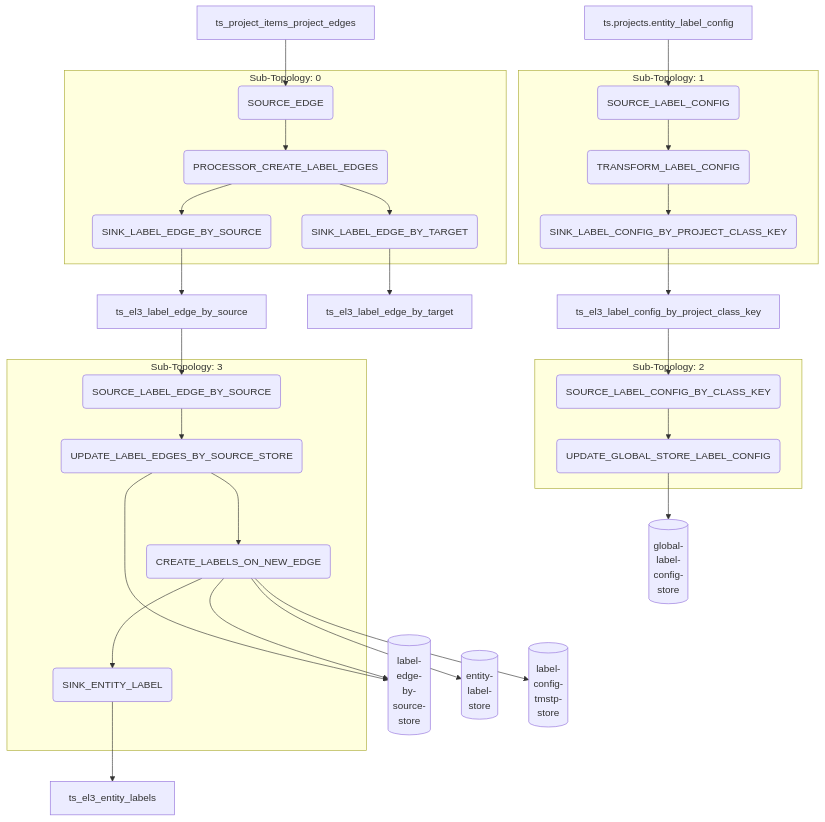
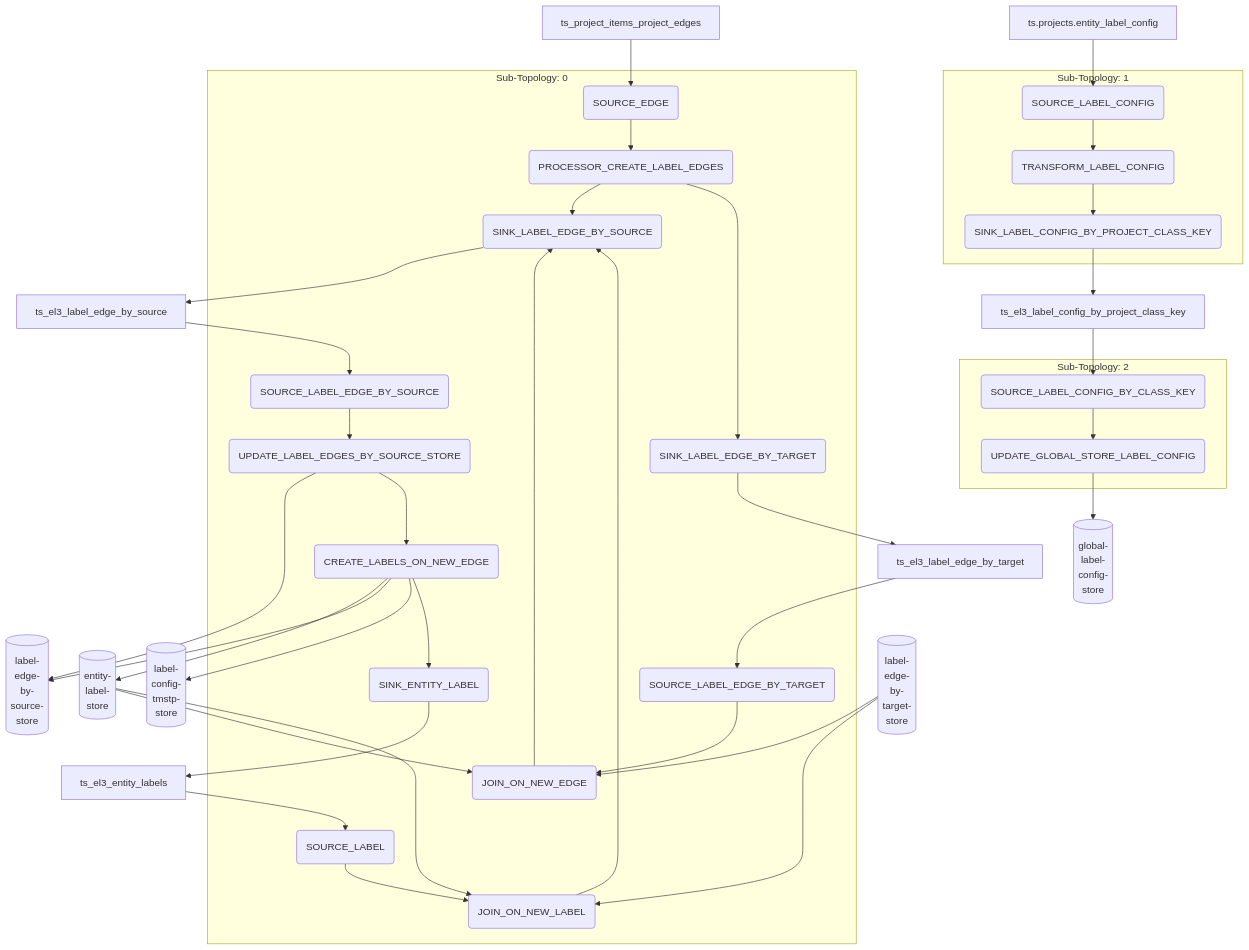
Before and after one commit to geovistory/toolbox-streams: the diagram in app-3-entity-label3/topology.md, drawn with Mermaid. The commit also changed 14 other files, not shown here.

````diff
--- a/app-3-entity-label3/topology.md
+++ b/app-3-entity-label3/topology.md
@@ -1,46 +1,60 @@
 ```mermaid
 graph TD
 ts_project_items_project_edges[ts_project_items_project_edges] --> SOURCE_EDGE(SOURCE_EDGE)
+ts_el3_label_edge_by_source[ts_el3_label_edge_by_source] --> SOURCE_LABEL_EDGE_BY_SOURCE(SOURCE_LABEL_EDGE_BY_SOURCE)
+ts_el3_entity_labels[ts_el3_entity_labels] --> SOURCE_LABEL(SOURCE_LABEL)
+ts_el3_label_edge_by_target[ts_el3_label_edge_by_target] --> SOURCE_LABEL_EDGE_BY_TARGET(SOURCE_LABEL_EDGE_BY_TARGET)
+UPDATE_LABEL_EDGES_BY_SOURCE_STORE(UPDATE_LABEL_EDGES_BY_SOURCE_STORE) --> label-edge-by-source-store[(label-<br>edge-<br>by-<br>source-<br>store)]
+CREATE_LABELS_ON_NEW_EDGE(CREATE_LABELS_ON_NEW_EDGE) --> entity-label-store[(entity-<br>label-<br>store)]
+CREATE_LABELS_ON_NEW_EDGE(CREATE_LABELS_ON_NEW_EDGE) --> label-edge-by-source-store[(label-<br>edge-<br>by-<br>source-<br>store)]
+CREATE_LABELS_ON_NEW_EDGE(CREATE_LABELS_ON_NEW_EDGE) --> label-config-tmstp-store[(label-<br>config-<br>tmstp-<br>store)]
+label-edge-by-target-store[(label-<br>edge-<br>by-<br>target-<br>store)] --> JOIN_ON_NEW_EDGE(JOIN_ON_NEW_EDGE)
+entity-label-store[(entity-<br>label-<br>store)] --> JOIN_ON_NEW_EDGE(JOIN_ON_NEW_EDGE)
+label-edge-by-target-store[(label-<br>edge-<br>by-<br>target-<br>store)] --> JOIN_ON_NEW_LABEL(JOIN_ON_NEW_LABEL)
+entity-label-store[(entity-<br>label-<br>store)] --> JOIN_ON_NEW_LABEL(JOIN_ON_NEW_LABEL)
+SINK_ENTITY_LABEL(SINK_ENTITY_LABEL) --> ts_el3_entity_labels[ts_el3_entity_labels]
 SINK_LABEL_EDGE_BY_SOURCE(SINK_LABEL_EDGE_BY_SOURCE) --> ts_el3_label_edge_by_source[ts_el3_label_edge_by_source]
 SINK_LABEL_EDGE_BY_TARGET(SINK_LABEL_EDGE_BY_TARGET) --> ts_el3_label_edge_by_target[ts_el3_label_edge_by_target]
 ts.projects.entity_label_config[ts.projects.entity_label_config] --> SOURCE_LABEL_CONFIG(SOURCE_LABEL_CONFIG)
 SINK_LABEL_CONFIG_BY_PROJECT_CLASS_KEY(SINK_LABEL_CONFIG_BY_PROJECT_CLASS_KEY) --> ts_el3_label_config_by_project_class_key[ts_el3_label_config_by_project_class_key]
 ts_el3_label_config_by_project_class_key[ts_el3_label_config_by_project_class_key] --> SOURCE_LABEL_CONFIG_BY_CLASS_KEY(SOURCE_LABEL_CONFIG_BY_CLASS_KEY)
 UPDATE_GLOBAL_STORE_LABEL_CONFIG(UPDATE_GLOBAL_STORE_LABEL_CONFIG) --> global-label-config-store[(global-<br>label-<br>config-<br>store)]
-ts_el3_label_edge_by_source[ts_el3_label_edge_by_source] --> SOURCE_LABEL_EDGE_BY_SOURCE(SOURCE_LABEL_EDGE_BY_SOURCE)
-UPDATE_LABEL_EDGES_BY_SOURCE_STORE(UPDATE_LABEL_EDGES_BY_SOURCE_STORE) --> label-edge-by-source-store[(label-<br>edge-<br>by-<br>source-<br>store)]
-CREATE_LABELS_ON_NEW_EDGE(CREATE_LABELS_ON_NEW_EDGE) --> entity-label-store[(entity-<br>label-<br>store)]
-CREATE_LABELS_ON_NEW_EDGE(CREATE_LABELS_ON_NEW_EDGE) --> label-edge-by-source-store[(label-<br>edge-<br>by-<br>source-<br>store)]
-CREATE_LABELS_ON_NEW_EDGE(CREATE_LABELS_ON_NEW_EDGE) --> label-config-tmstp-store[(label-<br>config-<br>tmstp-<br>store)]
-SINK_ENTITY_LABEL(SINK_ENTITY_LABEL) --> ts_el3_entity_labels[ts_el3_entity_labels]
 subgraph Sub-Topology: 0
 SOURCE_EDGE(SOURCE_EDGE) --> PROCESSOR_CREATE_LABEL_EDGES(PROCESSOR_CREATE_LABEL_EDGES)
+SOURCE_LABEL_EDGE_BY_SOURCE(SOURCE_LABEL_EDGE_BY_SOURCE) --> UPDATE_LABEL_EDGES_BY_SOURCE_STORE(UPDATE_LABEL_EDGES_BY_SOURCE_STORE)
 PROCESSOR_CREATE_LABEL_EDGES(PROCESSOR_CREATE_LABEL_EDGES) --> SINK_LABEL_EDGE_BY_SOURCE(SINK_LABEL_EDGE_BY_SOURCE)
 PROCESSOR_CREATE_LABEL_EDGES(PROCESSOR_CREATE_LABEL_EDGES) --> SINK_LABEL_EDGE_BY_TARGET(SINK_LABEL_EDGE_BY_TARGET)
+SOURCE_LABEL(SOURCE_LABEL) --> JOIN_ON_NEW_LABEL(JOIN_ON_NEW_LABEL)
+SOURCE_LABEL_EDGE_BY_TARGET(SOURCE_LABEL_EDGE_BY_TARGET) --> JOIN_ON_NEW_EDGE(JOIN_ON_NEW_EDGE)
+UPDATE_LABEL_EDGES_BY_SOURCE_STORE(UPDATE_LABEL_EDGES_BY_SOURCE_STORE) --> CREATE_LABELS_ON_NEW_EDGE(CREATE_LABELS_ON_NEW_EDGE)
+CREATE_LABELS_ON_NEW_EDGE(CREATE_LABELS_ON_NEW_EDGE) --> SINK_ENTITY_LABEL(SINK_ENTITY_LABEL)
+JOIN_ON_NEW_EDGE(JOIN_ON_NEW_EDGE) --> SINK_LABEL_EDGE_BY_SOURCE(SINK_LABEL_EDGE_BY_SOURCE)
+JOIN_ON_NEW_LABEL(JOIN_ON_NEW_LABEL) --> SINK_LABEL_EDGE_BY_SOURCE(SINK_LABEL_EDGE_BY_SOURCE)
 end
 subgraph Sub-Topology: 1
 SOURCE_LABEL_CONFIG(SOURCE_LABEL_CONFIG) --> TRANSFORM_LABEL_CONFIG(TRANSFORM_LABEL_CONFIG)
 TRANSFORM_LABEL_CONFIG(TRANSFORM_LABEL_CONFIG) --> SINK_LABEL_CONFIG_BY_PROJECT_CLASS_KEY(SINK_LABEL_CONFIG_BY_PROJECT_CLASS_KEY)
 end
 subgraph Sub-Topology: 2
 SOURCE_LABEL_CONFIG_BY_CLASS_KEY(SOURCE_LABEL_CONFIG_BY_CLASS_KEY) --> UPDATE_GLOBAL_STORE_LABEL_CONFIG(UPDATE_GLOBAL_STORE_LABEL_CONFIG)
 end
-subgraph Sub-Topology: 3
-SOURCE_LABEL_EDGE_BY_SOURCE(SOURCE_LABEL_EDGE_BY_SOURCE) --> UPDATE_LABEL_EDGES_BY_SOURCE_STORE(UPDATE_LABEL_EDGES_BY_SOURCE_STORE)
-UPDATE_LABEL_EDGES_BY_SOURCE_STORE(UPDATE_LABEL_EDGES_BY_SOURCE_STORE) --> CREATE_LABELS_ON_NEW_EDGE(CREATE_LABELS_ON_NEW_EDGE)
-CREATE_LABELS_ON_NEW_EDGE(CREATE_LABELS_ON_NEW_EDGE) --> SINK_ENTITY_LABEL(SINK_ENTITY_LABEL)
-end
 ts_project_items_project_edges
+ts_el3_label_edge_by_source
+ts_el3_entity_labels
+ts_el3_label_edge_by_target
 ts.projects.entity_label_config
 ts_el3_label_config_by_project_class_key
-ts_el3_label_edge_by_source
+ts_el3_entity_labels
 ts_el3_label_edge_by_source
 ts_el3_label_edge_by_target
 ts_el3_label_config_by_project_class_key
-ts_el3_entity_labels
-global-label-config-store
 label-edge-by-source-store
 entity-label-store
 label-edge-by-source-store
 label-config-tmstp-store
+label-edge-by-target-store
+entity-label-store
+label-edge-by-target-store
+entity-label-store
+global-label-config-store
 ```
````
